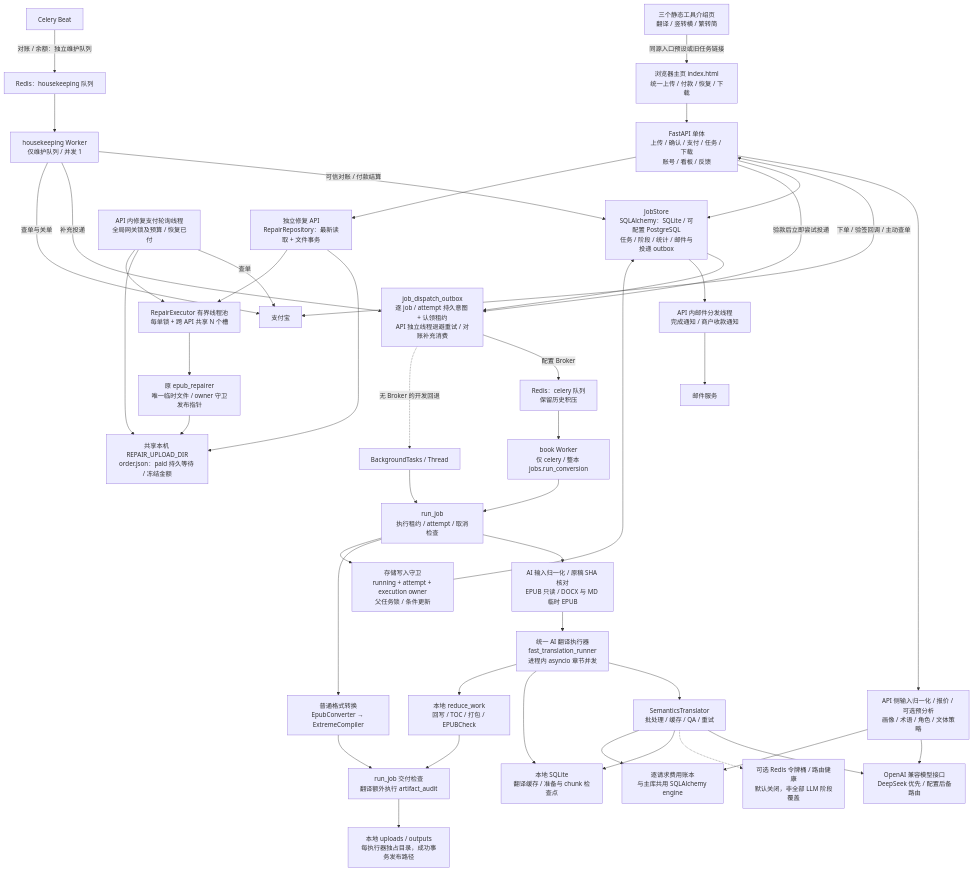
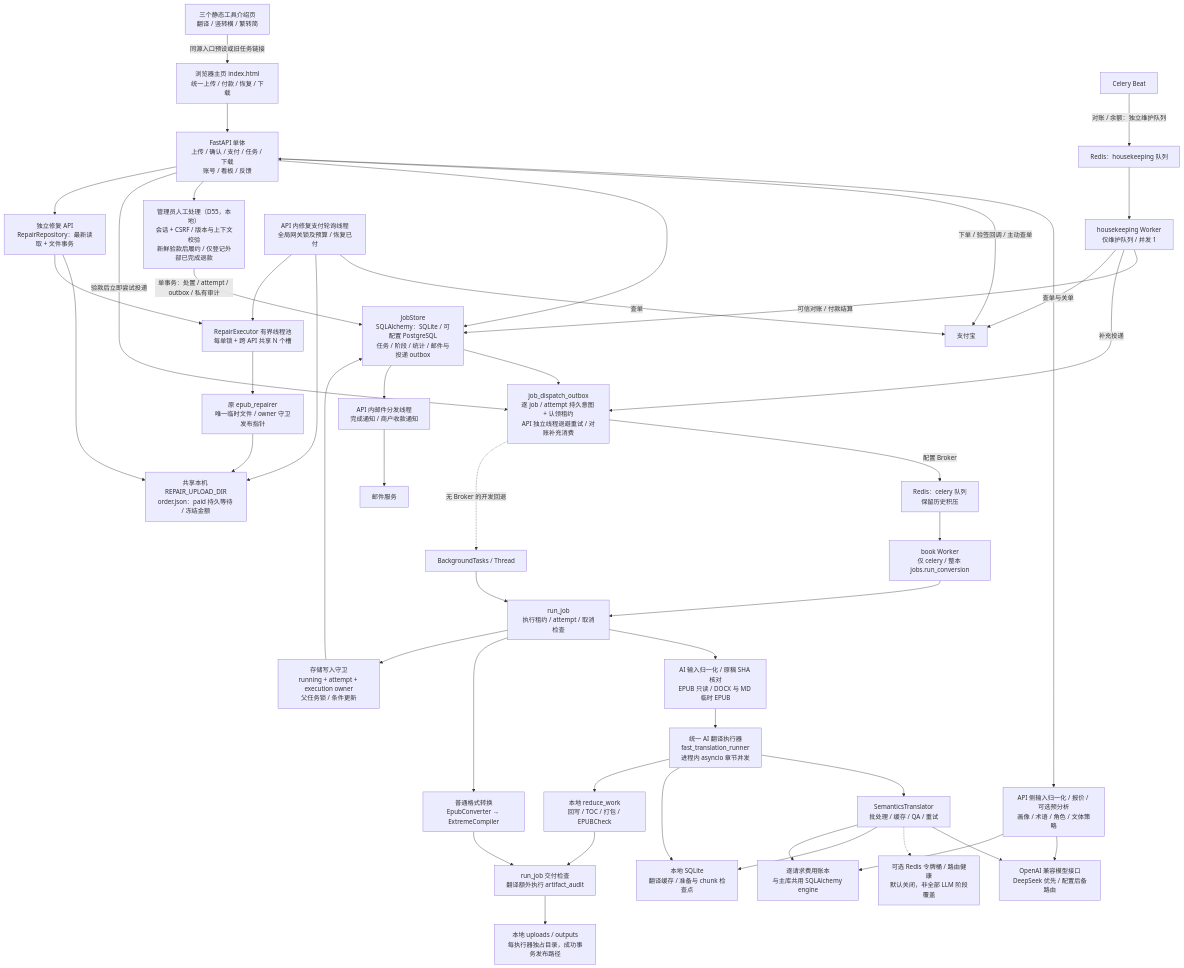
Before and after one commit to zengchanghuan/epub-factory: the first of 7 diagrams in docs/ARCHITECTURE-DIAGRAM.md, drawn with Mermaid. The commit also changed other lines of this file and 16 other files, not shown here.

````diff
--- a/docs/ARCHITECTURE-DIAGRAM.md
+++ b/docs/ARCHITECTURE-DIAGRAM.md
@@ -23,47 +23,49 @@
 ```mermaid
 flowchart TB
   SEO["三个静态工具介绍页<br/>翻译 / 竖转横 / 繁转简"] -->|"同源入口预设或旧任务链接"| U["浏览器主页 index.html<br/>统一上传 / 付款 / 恢复 / 下载"]
   U --> API["FastAPI 单体<br/>上传 / 确认 / 支付 / 任务 / 下载<br/>账号 / 看板 / 反馈"]
   API --> Preflight["API 侧输入归一化 / 报价 / 可选预分析<br/>画像 / 术语 / 角色 / 文体策略"]
   Preflight --> LLM["OpenAI 兼容模型接口<br/>DeepSeek 优先 / 配置后备路由"]
   API <-->|"下单 / 验签回调 / 主动查单"| Pay["支付宝"]
   API --> Store["JobStore<br/>SQLAlchemy：SQLite / 可配置 PostgreSQL<br/>任务 / 阶段 / 统计 / 邮件与投递 outbox"]
+  API --> AdminReview["管理员人工处理（D55，本地）<br/>会话 + CSRF / 版本与上下文校验<br/>新鲜验款后履约 / 仅登记外部已完成退款"]
+  AdminReview -->|"单事务：处置 / attempt / outbox / 私有审计"| Store
   Store --> Dispatch["job_dispatch_outbox<br/>逐 job / attempt 持久意图 + 认领租约<br/>API 独立线程退避重试 / 对账补充消费"]
   API -->|"验款后立即尝试投递"| Dispatch
   Dispatch -->|"配置 Broker"| BookQueue["Redis：celery 队列<br/>保留历史积压"]
   BookQueue --> Worker["book Worker<br/>仅 celery / 整本 jobs.run_conversion"]
   HouseQueue["Redis：housekeeping 队列"] --> HouseWorker["housekeeping Worker<br/>仅维护队列 / 并发 1"]
   HouseWorker -->|"可信对账 / 付款结算"| Store
   HouseWorker -->|"补充投递"| Dispatch
   HouseWorker -->|"查单与关单"| Pay
   Dispatch -.->|"无 Broker 的开发回退"| Local["BackgroundTasks / Thread"]
   Worker --> Runner["run_job<br/>执行租约 / attempt / 取消检查"]
   Local --> Runner
   Runner --> Normalize["AI 输入归一化 / 原稿 SHA 核对<br/>EPUB 只读 / DOCX 与 MD 临时 EPUB"]
   Normalize --> Fast["统一 AI 翻译执行器<br/>fast_translation_runner<br/>进程内 asyncio 章节并发"]
   Runner --> Standard["普通格式转换<br/>EpubConverter → ExtremeCompiler"]
   Fast --> Translator["SemanticsTranslator<br/>批处理 / 缓存 / QA / 重试"]
   Translator --> LLM
   Translator -.-> Guard["可选 Redis 令牌桶 / 路由健康<br/>默认关闭，非全部 LLM 阶段覆盖"]
   Fast --> Cache["本地 SQLite<br/>翻译缓存 / 准备与 chunk 检查点"]
   Translator --> Cache
   Fast --> Reduce["本地 reduce_work<br/>回写 / TOC / 打包 / EPUBCheck"]
   Standard --> Gate["run_job 交付检查<br/>翻译额外执行 artifact_audit"]
   Reduce --> Gate
   Gate --> Files["本地 uploads / outputs<br/>每执行器独占目录，成功事务发布路径"]
   Runner --> Fence["存储写入守卫<br/>running + attempt + execution owner<br/>父任务锁 / 条件更新"]
   Fence --> Store
   Preflight --> Ledger["逐请求费用账本<br/>与主库共用 SQLAlchemy engine"]
   Translator --> Ledger
   API --> Repair["独立修复 API<br/>RepairRepository：最新读取 + 文件事务"]
   Repair --> RepairStore["共享本机 REPAIR_UPLOAD_DIR<br/>order.json：paid 持久等待 / 冻结金额"]
   RepairWorker["API 内修复支付轮询线程<br/>全局网关锁及预算 / 恢复已付"] -->|"查单"| Pay
   RepairWorker --> RepairStore
   Repair --> RepairExecutor["RepairExecutor 有界线程池<br/>每单锁 + 跨 API 共享 N 个槽"]
   RepairWorker --> RepairExecutor
   RepairExecutor --> RepairEngine["原 epub_repairer<br/>唯一临时文件 / owner 守卫发布指针"]
   RepairEngine --> RepairStore
   Store --> Mail["API 内邮件分发线程<br/>完成通知 / 商户收款通知"]
   Mail --> SMTP["邮件服务"]
   Beat["Celery Beat"] -->|"对账 / 余额：独立维护队列"| HouseQueue
 ```
````
